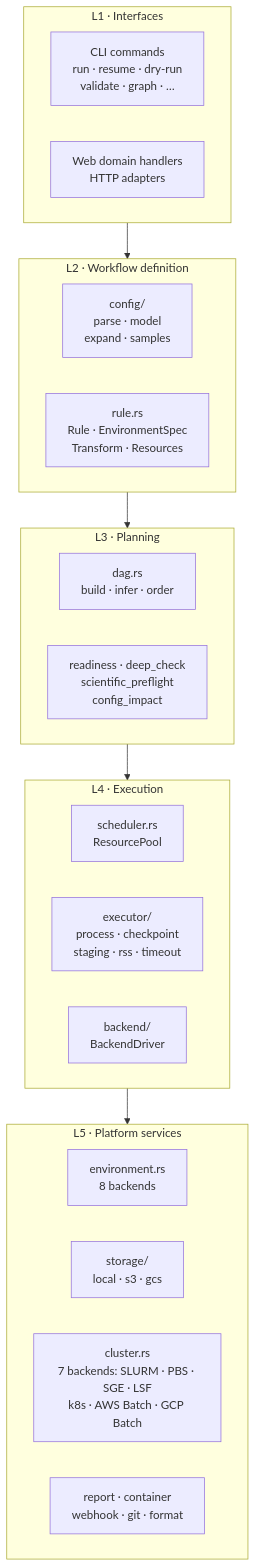
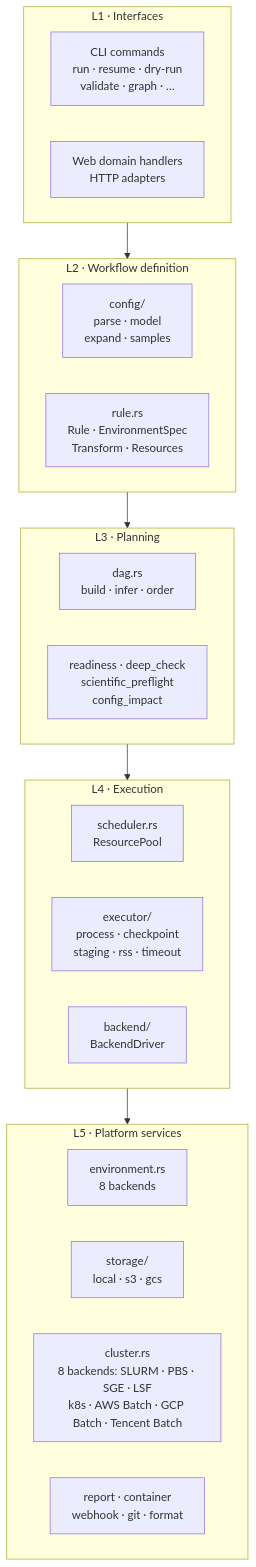
The third of 12 diagrams in docs/guide/src/reference/architecture.md (Traitome/oxo-flow), drawn with Mermaid before and after one commit. The commit also changed other lines of this file and 15 other files, not shown here.

````diff
--- a/docs/guide/src/reference/architecture.md
+++ b/docs/guide/src/reference/architecture.md
@@ -144,40 +144,40 @@
 ```mermaid
 flowchart TB
     subgraph L1["L1 · Interfaces"]
         direction LR
         cmd["CLI commands<br/>run · resume · dry-run<br/>validate · graph · …"]
         api["Web domain handlers<br/>HTTP adapters"]
     end
 
     subgraph L2["L2 · Workflow definition"]
         direction LR
         model["config/<br/>parse · model<br/>expand · samples"]
         rulem["rule.rs<br/>Rule · EnvironmentSpec<br/>Transform · Resources"]
     end
 
     subgraph L3["L3 · Planning"]
         direction LR
         dagm["dag.rs<br/>build · infer · order"]
         plan["readiness · deep_check<br/>scientific_preflight<br/>config_impact"]
     end
 
     subgraph L4["L4 · Execution"]
         direction LR
         sched["scheduler.rs<br/>ResourcePool"]
         exec["executor/<br/>process · checkpoint<br/>staging · rss · timeout"]
         drv["backend/<br/>BackendDriver"]
     end
 
     subgraph L5["L5 · Platform services"]
         direction LR
         envm["environment.rs<br/>8 backends"]
         storm["storage/<br/>local · s3 · gcs"]
-        clum["cluster.rs<br/>7 backends: SLURM · PBS · SGE · LSF<br/>k8s · AWS Batch · GCP Batch"]
+        clum["cluster.rs<br/>8 backends: SLURM · PBS · SGE · LSF<br/>k8s · AWS Batch · GCP Batch · Tencent Batch"]
         misc["report · container<br/>webhook · git · format"]
     end
 
     L1 --> L2
     L2 --> L3
     L3 --> L4
     L4 --> L5
 ```
````
